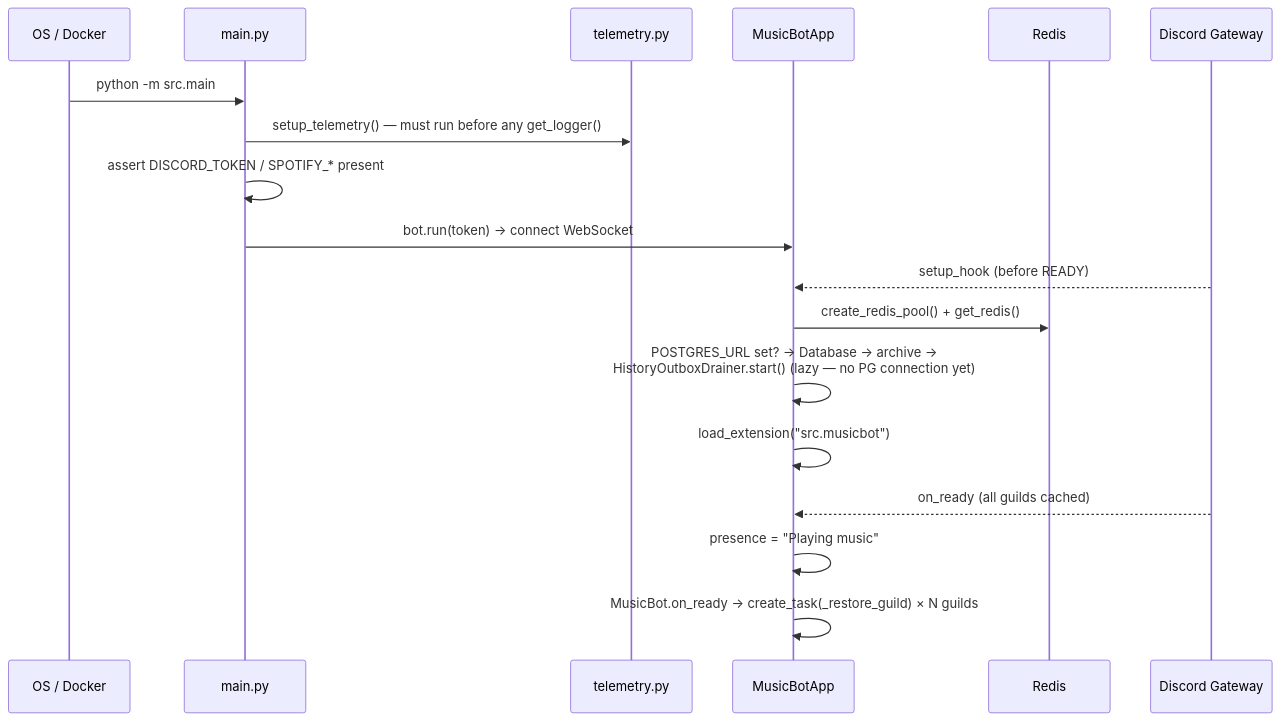
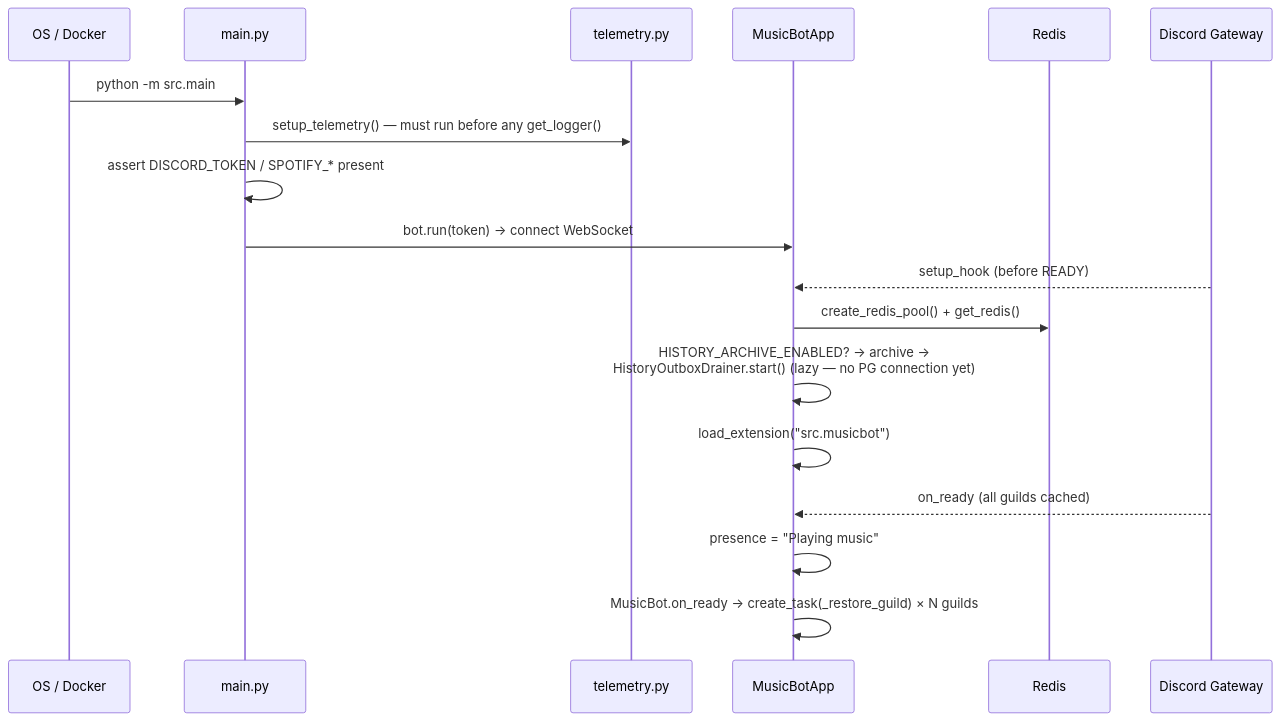
The fourth of 15 diagrams in docs/ARCHITECTURE.md (kawadeomkar/discord-music-bot), drawn with Mermaid before and after one commit. The commit also changed other lines of this file, not shown here.

First line of the commit message:
Correct four stale references in ARCHITECTURE.md

````diff
--- a/docs/ARCHITECTURE.md
+++ b/docs/ARCHITECTURE.md
@@ -352,21 +352,21 @@
 ```mermaid
 sequenceDiagram
     participant OS as OS / Docker
     participant Main as main.py
     participant Tel as telemetry.py
     participant Bot as MusicBotApp
     participant Redis as Redis
     participant Discord as Discord Gateway
 
     OS->>Main: python -m src.main
     Main->>Tel: setup_telemetry() — must run before any get_logger()
     Main->>Main: assert DISCORD_TOKEN / SPOTIFY_* present
     Main->>Bot: bot.run(token) → connect WebSocket
     Discord-->>Bot: setup_hook (before READY)
     Bot->>Redis: create_redis_pool() + get_redis()
-    Bot->>Bot: POSTGRES_URL set? → Database → archive →<br/>HistoryOutboxDrainer.start() (lazy — no PG connection yet)
+    Bot->>Bot: HISTORY_ARCHIVE_ENABLED? → archive →<br/>HistoryOutboxDrainer.start() (lazy — no PG connection yet)
     Bot->>Bot: load_extension("src.musicbot")
     Discord-->>Bot: on_ready (all guilds cached)
     Bot->>Bot: presence = "Playing music"
     Bot->>Bot: MusicBot.on_ready → create_task(_restore_guild) × N guilds
 ```
````
